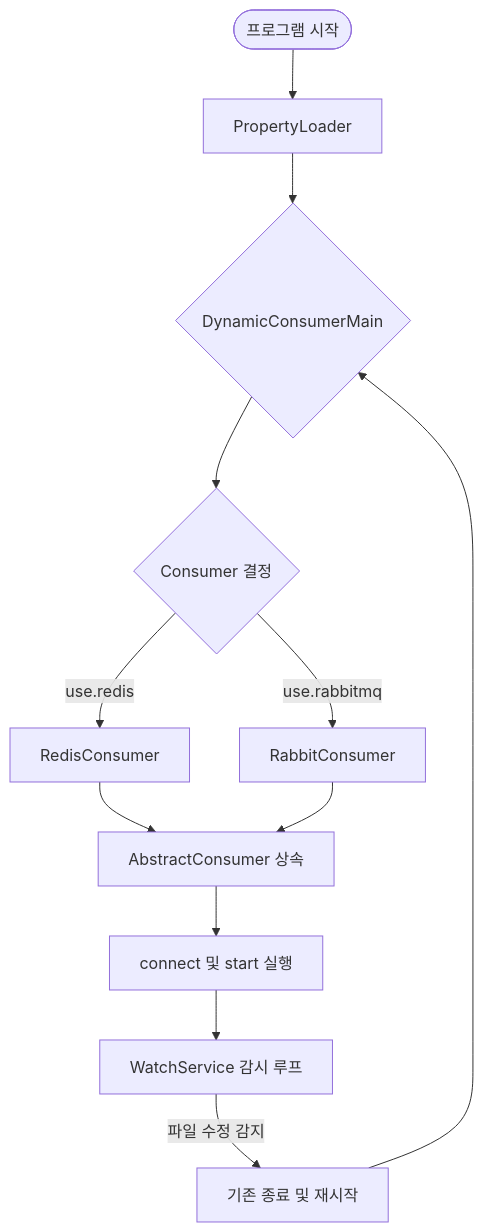
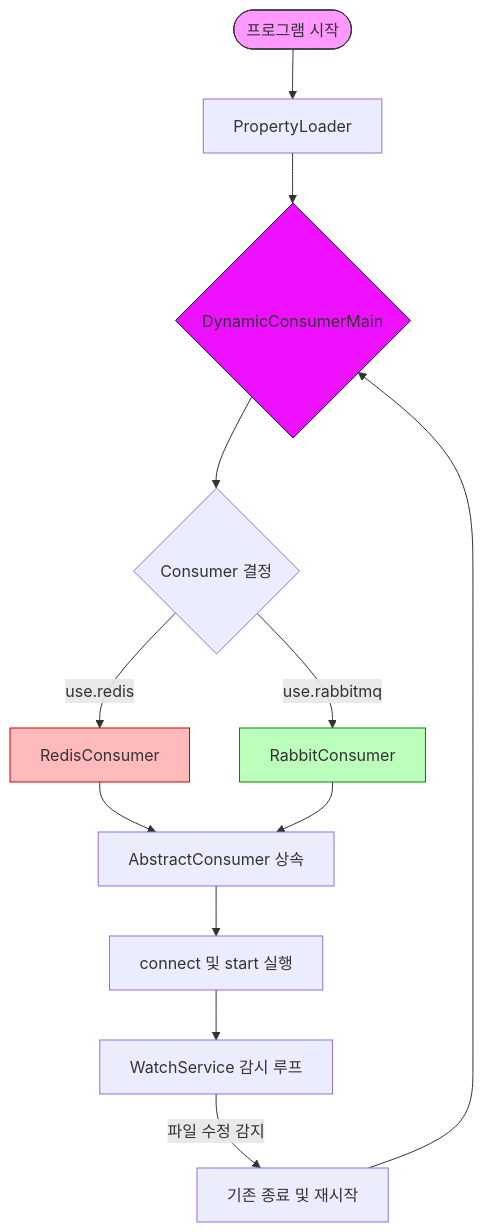
The first of 2 diagrams in _posts/2025-12-13-java-dynamic-consumer-structure.md (yellowpart/yellowpart.github.com), drawn with Mermaid before and after one commit. The commit also changed other lines of this file, not shown here.

```diff
--- a/_posts/2025-12-13-java-dynamic-consumer-structure.md
+++ b/_posts/2025-12-13-java-dynamic-consumer-structure.md
@@ -12,19 +12,24 @@
 <pre class="mermaid" id="my-diagram">
 flowchart TD
     A([프로그램 시작]) --> B[PropertyLoader]
     B --> C{DynamicConsumerMain}
     
     C --> D{Consumer 결정}
     D -- use.redis --> E[RedisConsumer]
     D -- use.rabbitmq --> F[RabbitConsumer]
     
     E --> G[AbstractConsumer 상속]
     F --> G
     
     G --> H[connect 및 start 실행]
     H --> I[WatchService 감시 루프]
     
     I -- 파일 수정 감지 --> J[기존 종료 및 재시작]
     J --> C
 
+    style A fill:#f9f,stroke:#333
+    style C fill:#e1f,stroke:#015
+    style E fill:#fbb,stroke:#c00
+    style F fill:#bfb,stroke:#080
+    
 </pre>
```
